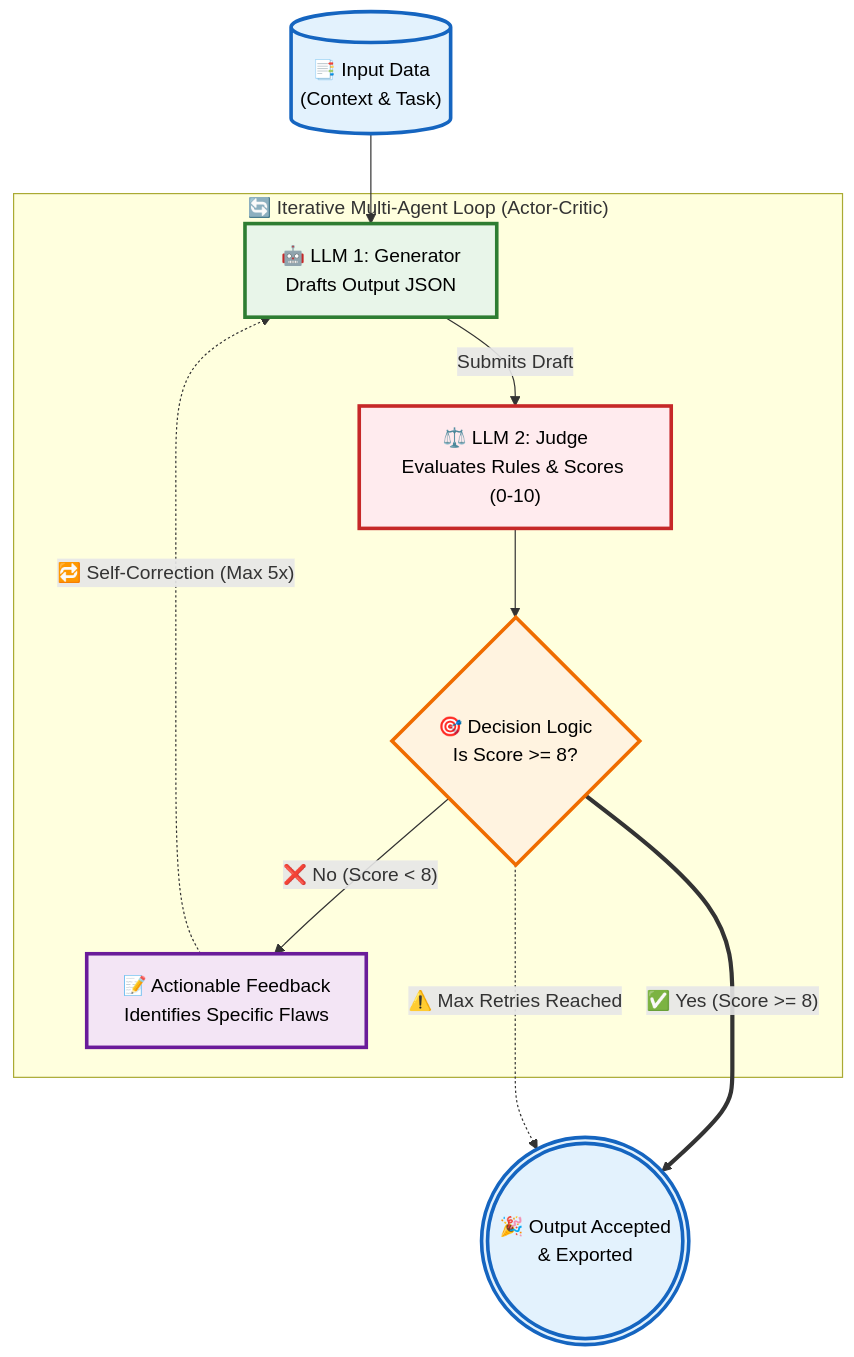
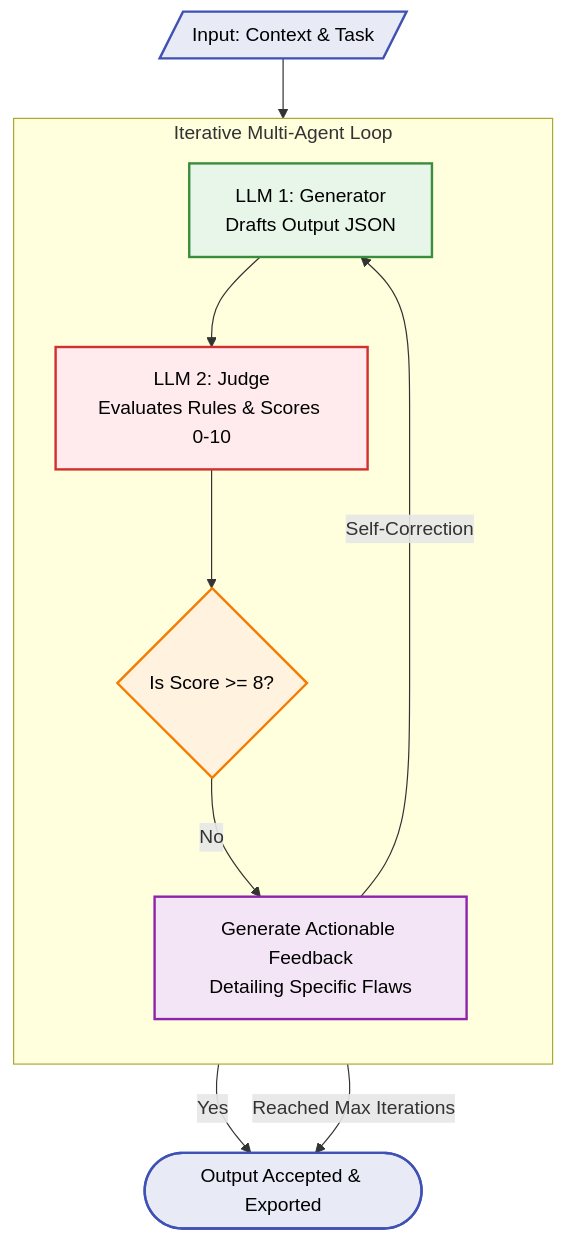
Before and after one commit to 098ff/acci-RAG-indiv: the second of 2 diagrams in README.md, drawn with Mermaid.

Commit message:
update flowchart to strict professional style with no emojis and clean layout

````diff
--- a/README.md
+++ b/README.md
@@ -79,28 +79,23 @@
 ```mermaid
-graph TD
-    classDef gen fill:#e8f5e9,stroke:#2e7d32,stroke-width:3px,color:#000;
-    classDef judge fill:#ffebee,stroke:#c62828,stroke-width:3px,color:#000;
-    classDef logic fill:#fff3e0,stroke:#ef6c00,stroke-width:3px,color:#000;
-    classDef feedback fill:#f3e5f5,stroke:#6a1b9a,stroke-width:3px,color:#000;
-    classDef success fill:#e3f2fd,stroke:#1565c0,stroke-width:3px,color:#000;
+flowchart TD
+    classDef gen fill:#e8f5e9,stroke:#388e3c,stroke-width:2px,color:#000;
+    classDef judge fill:#ffebee,stroke:#d32f2f,stroke-width:2px,color:#000;
+    classDef logic fill:#fff3e0,stroke:#f57c00,stroke-width:2px,color:#000;
+    classDef feedback fill:#f3e5f5,stroke:#8e24aa,stroke-width:2px,color:#000;
+    classDef success fill:#e8eaf6,stroke:#3f51b5,stroke-width:2px,color:#000;
 
-    Input[("📑 Input Data<br>(Context & Task)")]:::success --> G
+    Input[/Input: Context & Task/]:::success --> G
 
-    subgraph "🔄 Iterative Multi-Agent Loop (Actor-Critic)"
-        G["🤖 LLM 1: Generator<br>Drafts Output JSON"]:::gen
+    subgraph Iterative Multi-Agent Loop
+        direction TB
+        G[LLM 1: Generator<br>Drafts Output JSON]:::gen --> J[LLM 2: Judge<br>Evaluates Rules & Scores 0-10]:::judge
         
-        J["⚖️ LLM 2: Judge<br>Evaluates Rules & Scores (0-10)"]:::judge
+        J --> D{Is Score >= 8?}:::logic
         
-        D{"🎯 Decision Logic<br>Is Score >= 8?"}:::logic
-        
-        F["📝 Actionable Feedback<br>Identifies Specific Flaws"]:::feedback
-        
-        G --> |"Submits Draft"| J
-        J --> D
-        D --> |"❌ No (Score < 8)"| F
-        F -.-> |"🔁 Self-Correction (Max 5x)"| G
+        D -- No --> F[Generate Actionable Feedback<br>Detailing Specific Flaws]:::feedback
+        F -- Self-Correction --> G
     end
 
-    D ===> |"✅ Yes (Score >= 8)"| S((("🎉 Output Accepted<br>& Exported"))):::success
-    D -.-> |"⚠️ Max Retries Reached"| S
+    D -- Yes --> S([Output Accepted & Exported]):::success
+    D -- Reached Max Iterations --> S
 ```
````
